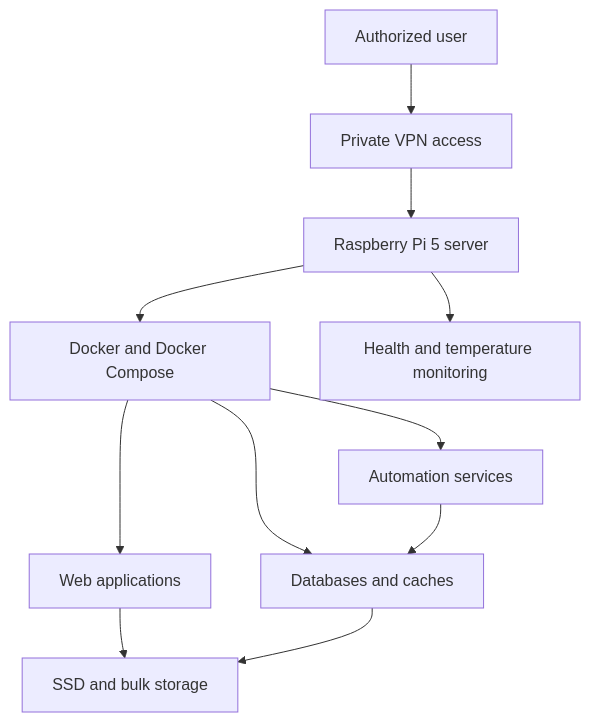
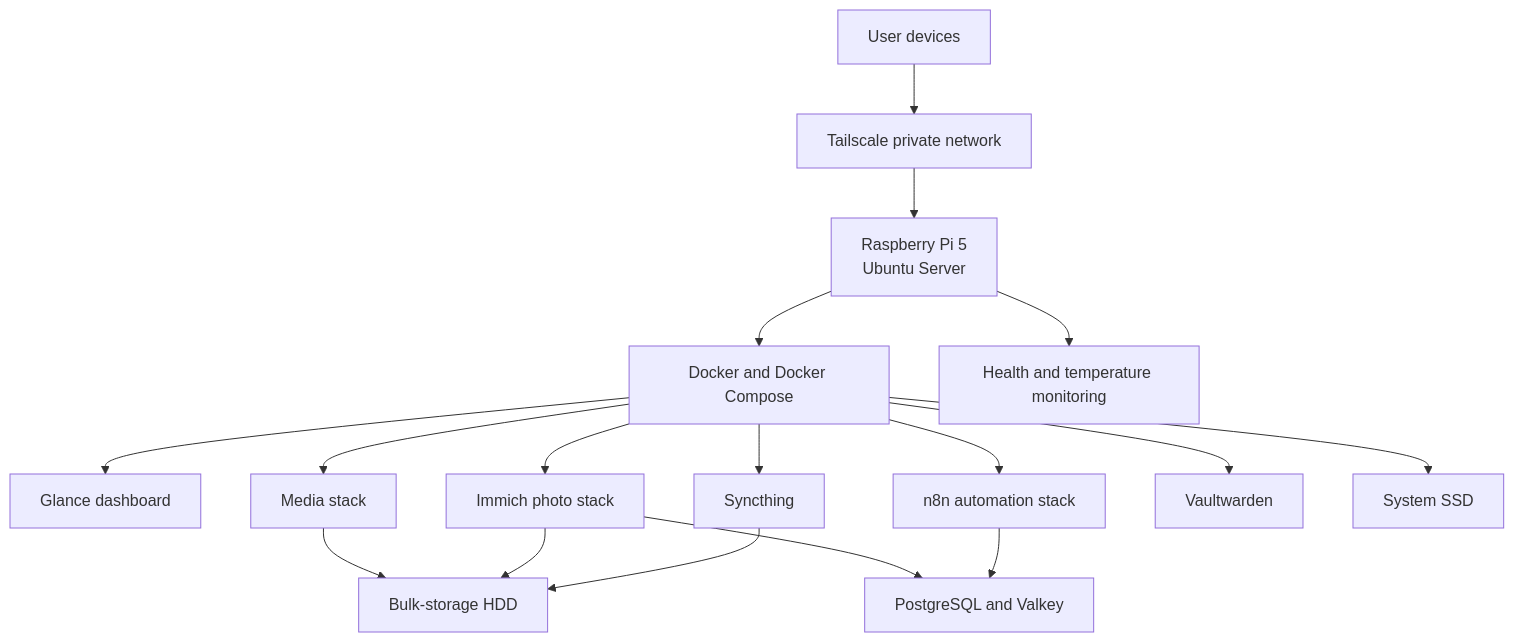
The first of 2 diagrams in Readme.md (Joyaaall/homelab), drawn with Mermaid before and after one commit. The commit also changed other lines of this file, not shown here.

````diff
--- a/Readme.md
+++ b/Readme.md
@@ -57,23 +19,39 @@
 ```mermaid
 flowchart TD
-    User[Authorized user]
-    VPN[Private VPN access]
-    Host[Raspberry Pi 5 server]
+    User[User devices]
+    VPN[Tailscale private network]
+    Host[Raspberry Pi 5<br/>Ubuntu Server]
     Docker[Docker and Docker Compose]
-    Apps[Web applications]
-    Automation[Automation services]
-    Data[Databases and caches]
-    Storage[SSD and bulk storage]
+
+    Dashboard[Glance dashboard]
+    Media[Media stack]
+    Photos[Immich photo stack]
+    Automation[n8n automation stack]
+    Sync[Syncthing]
+    Vault[Vaultwarden]
+
+    Databases[PostgreSQL and Valkey]
+    SSD[System SSD]
+    HDD[Bulk-storage HDD]
     Monitor[Health and temperature monitoring]
 
     User --> VPN
     VPN --> Host
     Host --> Docker
     Host --> Monitor
-    Docker --> Apps
+
+    Docker --> Dashboard
+    Docker --> Media
+    Docker --> Photos
     Docker --> Automation
-    Docker --> Data
-    Apps --> Storage
-    Automation --> Data
-    Data --> Storage
+    Docker --> Sync
+    Docker --> Vault
+
+    Photos --> Databases
+    Automation --> Databases
+
+    Docker --> SSD
+    Media --> HDD
+    Photos --> HDD
+    Sync --> HDD
 ```
````
